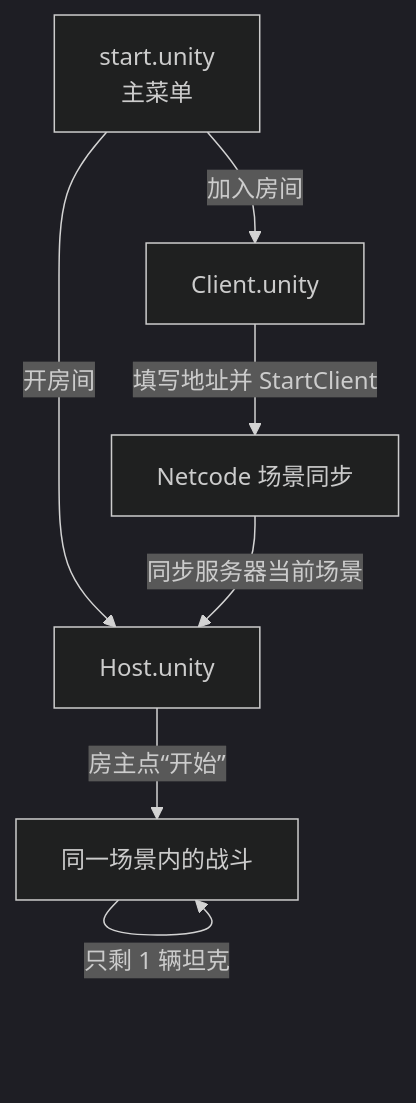
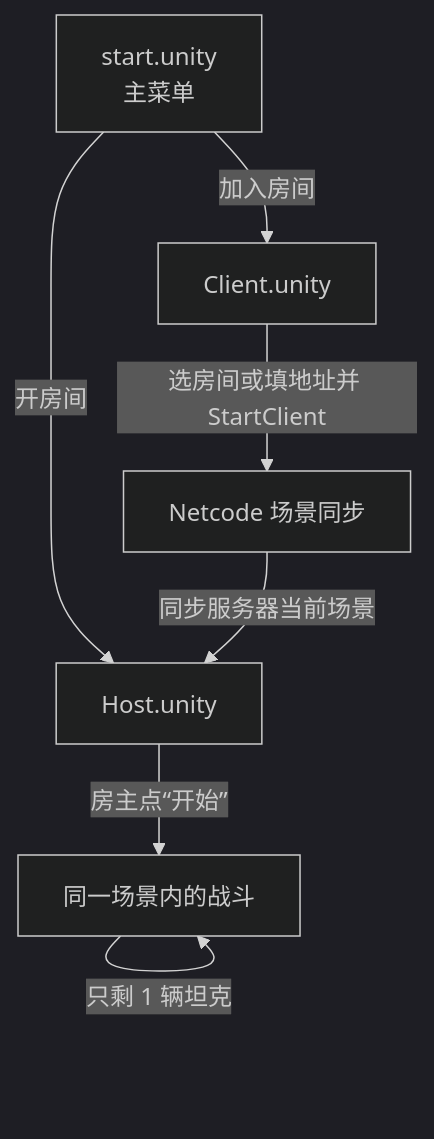
Before and after one commit to 3297207993/tank: the first of 3 diagrams in docs/architecture.md, drawn with Mermaid (dark theme). The commit also changed other lines of this file and 21 other files, not shown here.

````diff
--- a/docs/architecture.md
+++ b/docs/architecture.md
@@ -9,9 +9,9 @@
 ```mermaid
 flowchart TD
     A["start.unity<br/>主菜单"] -->|开房间| H["Host.unity"]
     A -->|加入房间| C["Client.unity"]
-    C -->|填写地址并 StartClient| S["Netcode 场景同步"]
+    C -->|选房间或填地址并 StartClient| S["Netcode 场景同步"]
     S -->|同步服务器当前场景| H
     H -->|房主点“开始”| G["同一场景内的战斗"]
     G -->|只剩 1 辆坦克| G
 ```
````
